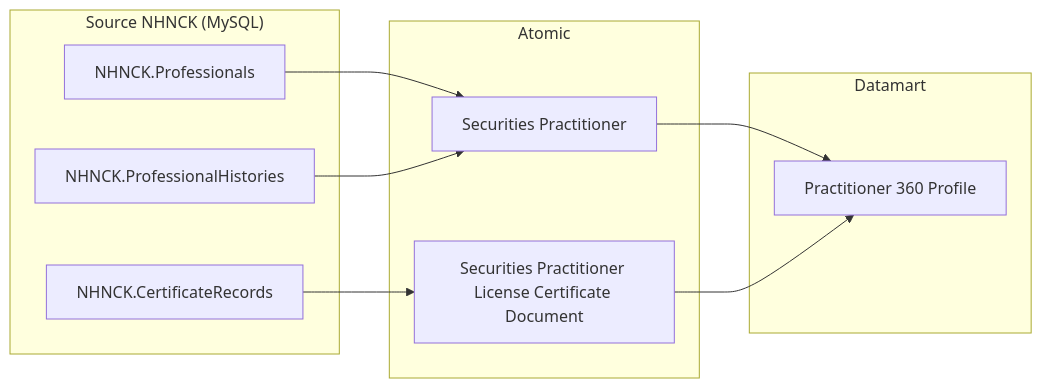
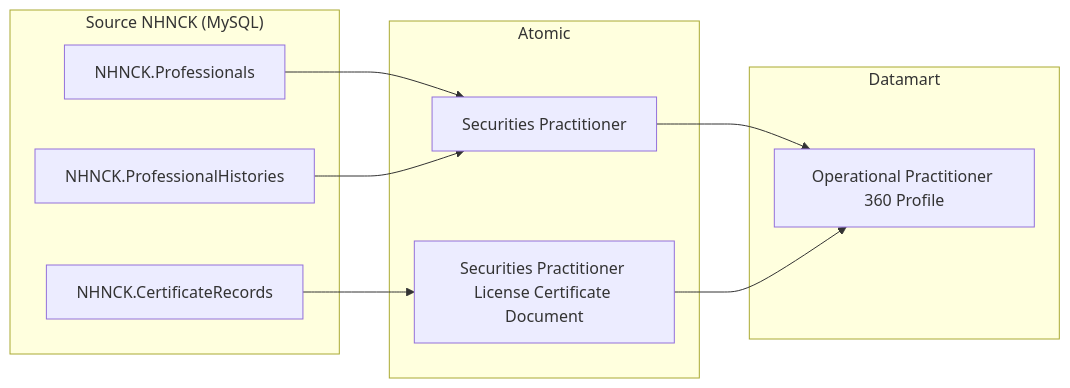
The third of 40 diagrams in Datamart/hld/DTM_NHNCK_HLD.md (linhlvit/ubck_atomic_design), drawn with Mermaid before and after one commit. The commit also changed other lines of this file and 52 other files, not shown here.

````diff
--- a/Datamart/hld/DTM_NHNCK_HLD.md
+++ b/Datamart/hld/DTM_NHNCK_HLD.md
@@ -104,24 +104,24 @@
 ```mermaid
 flowchart LR
     subgraph SRC["Source NHNCK (MySQL)"]
         S1["NHNCK.Professionals"]
         S2["NHNCK.ProfessionalHistories"]
         S3["NHNCK.CertificateRecords"]
     end
 
     subgraph SIL["Atomic"]
         SV1["Securities Practitioner"]
         SV2["Securities Practitioner License Certificate Document"]
     end
 
     subgraph Datamart["Datamart"]
-        G1["Practitioner 360 Profile"]
+        G1["Operational Practitioner 360 Profile"]
     end
 
     S1 --> SV1
     S2 --> SV1
     S3 --> SV2
 
     SV1 --> G1
     SV2 --> G1
 ```
````
